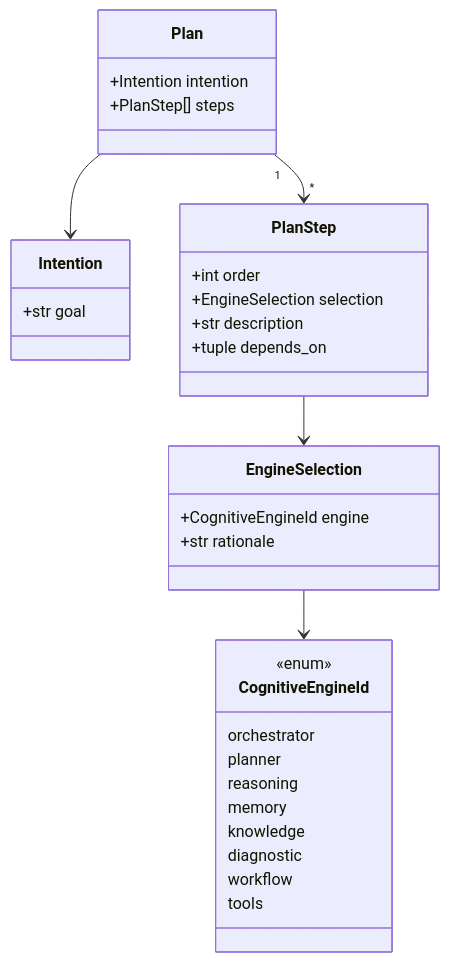
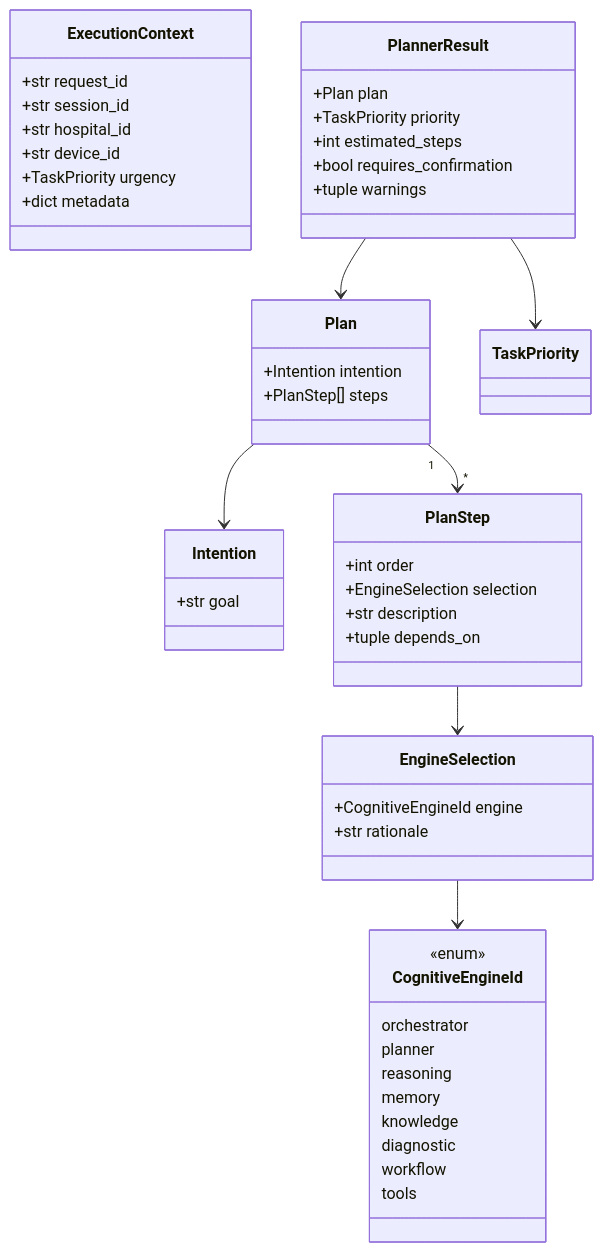
The third of 4 diagrams in core/planner/README.md (Tiago1203/EREN), drawn with Mermaid before and after one commit. The commit also changed other lines of this file and 23 other files, not shown here.

````diff
--- a/core/planner/README.md
+++ b/core/planner/README.md
@@ -41,35 +73,52 @@
 ```mermaid
 classDiagram
     class Intention {
         +str goal
     }
     class EngineSelection {
         +CognitiveEngineId engine
         +str rationale
     }
     class PlanStep {
         +int order
         +EngineSelection selection
         +str description
         +tuple depends_on
     }
     class Plan {
         +Intention intention
         +PlanStep[] steps
     }
     class CognitiveEngineId {
         <<enum>>
         orchestrator
         planner
         reasoning
         memory
         knowledge
         diagnostic
         workflow
         tools
     }
+    class ExecutionContext {
+        +str request_id
+        +str session_id
+        +str hospital_id
+        +str device_id
+        +TaskPriority urgency
+        +dict metadata
+    }
+    class PlannerResult {
+        +Plan plan
+        +TaskPriority priority
+        +int estimated_steps
+        +bool requires_confirmation
+        +tuple warnings
+    }
     Plan --> Intention
     Plan "1" --> "*" PlanStep
     PlanStep --> EngineSelection
     EngineSelection --> CognitiveEngineId
+    PlannerResult --> Plan
+    PlannerResult --> TaskPriority
 ```
````
